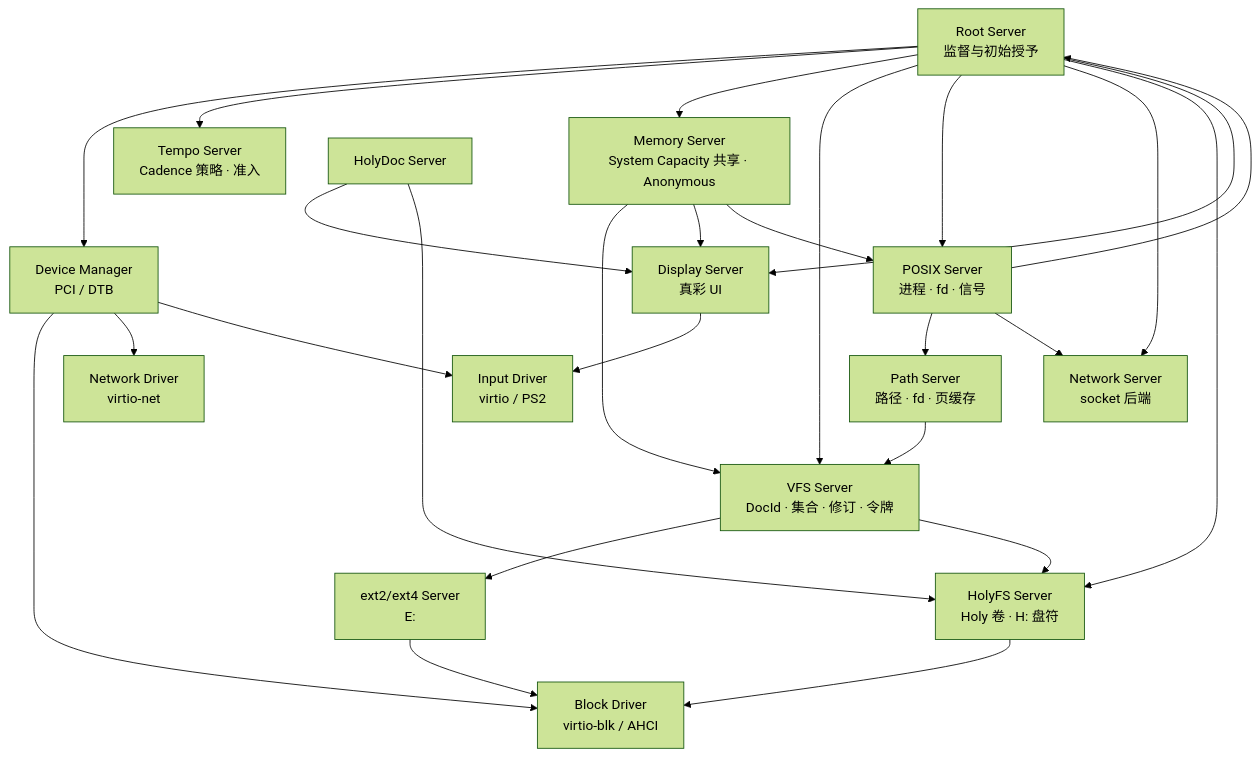
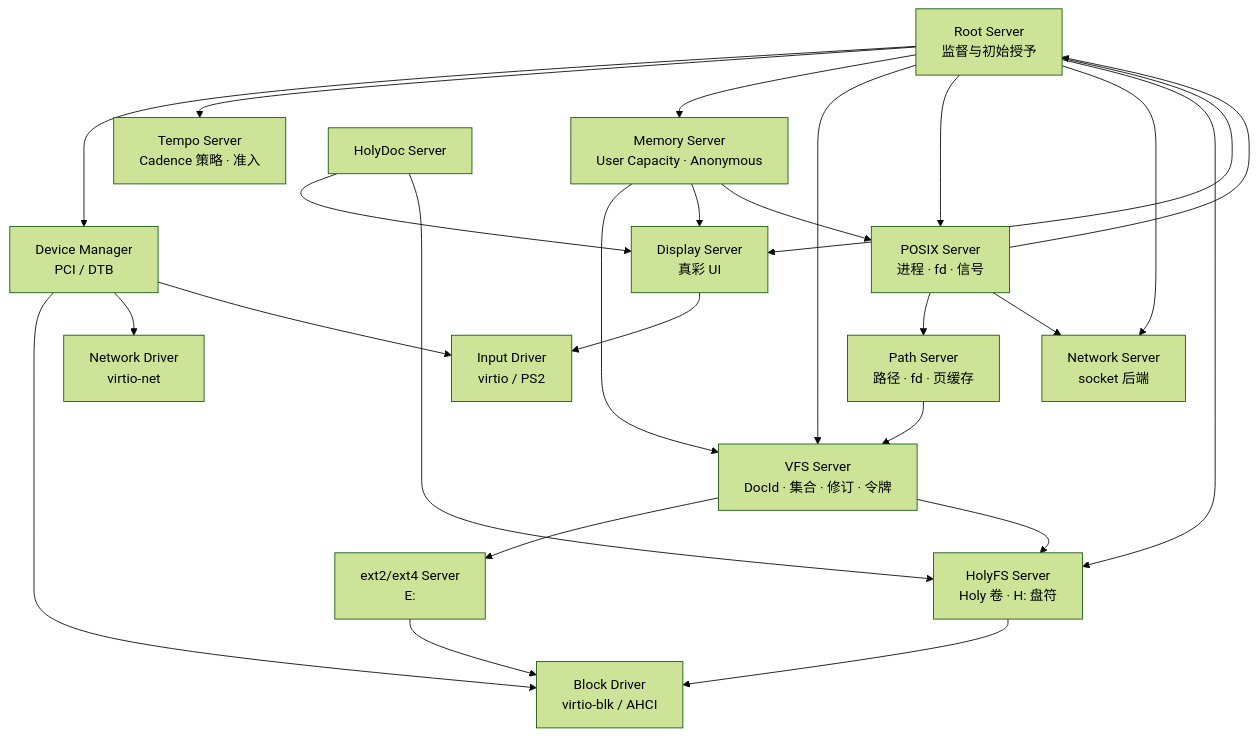
The first of 2 diagrams in docs/servers.md (hongweifei/HolyKernel), drawn with Mermaid (forest theme) before and after one commit. The commit also changed other lines of this file and 8 other files, not shown here.

First line of the commit message:
docs: 恢复 HMP 设计口径并将实现现状归入 roadmap

````diff
--- a/docs/servers.md
+++ b/docs/servers.md
@@ -11,44 +11,44 @@
 ```mermaid
 flowchart TB
     Root["Root Server<br/>监督与初始授予"]
     Tempo["Tempo Server<br/>Cadence 策略 · 准入"]
-    Mem["Memory Server<br/>System Capacity 共享 · Anonymous"]
+    Mem["Memory Server<br/>User Capacity · Anonymous"]
     DM["Device Manager<br/>PCI / DTB"]
     Blk["Block Driver<br/>virtio-blk / AHCI"]
     Net["Network Driver<br/>virtio-net"]
     Input["Input Driver<br/>virtio / PS2"]
     VFS["VFS Server<br/>DocId · 集合 · 修订 · 令牌"]
     Path["Path Server<br/>路径 · fd · 页缓存"]
     Ext2["ext2/ext4 Server<br/>E:"]
     POSIX["POSIX Server<br/>进程 · fd · 信号"]
     NetSrv["Network Server<br/>socket 后端"]
     HolyFS["HolyFS Server<br/>Holy 卷 · H: 盘符"]
     Display["Display Server<br/>真彩 UI"]
     HolyDoc["HolyDoc Server"]
 
     Root --> DM
     Root --> Tempo
     Root --> Mem
     Mem --> VFS
     Mem --> Display
     Mem --> POSIX
     Root --> VFS
     Root --> POSIX
     Root --> NetSrv
     Root --> HolyFS
     Root --> Display
     DM --> Blk
     DM --> Net
     DM --> Input
     Path --> VFS
     VFS --> Ext2
     VFS --> HolyFS
     Ext2 --> Blk
     HolyFS --> Blk
     POSIX --> Path
     POSIX --> NetSrv
     POSIX --> Root
     Display --> Input
     HolyDoc --> Display
     HolyDoc --> HolyFS
 ```
````
